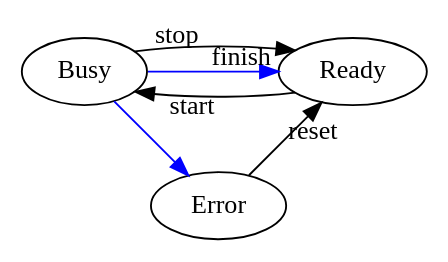
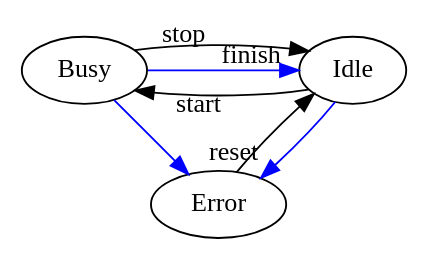
One commit to SampleEnvironment/SECoP changed the diagram in protocol/images/status_simple.dot. Above: the diagram before and after it, drawn with Graphviz. The commit also changed 6 other files, not shown here.

```diff
--- a/protocol/images/status_simple.dot
+++ b/protocol/images/status_simple.dot
@@ -1,11 +1,12 @@
 digraph supersimple {
   layout="neato"
-  Ready [pos="2,1!"];
-  Busy [pos="0,1!"];
-  Error [pos="1,0!"];
+  Ready [pos="2,1!", label="Idle"];
+  Busy [pos="0,1!", label="Busy"];
+  Error [pos="1,0!", label="Error"];
   Ready -> Busy [label="start"];
   Busy -> Ready [label="stop"];
   Busy -> Ready [label="finish", color=blue];
   Busy -> Error [color=blue];
   Error -> Ready [label="reset"];
+  Ready -> Error [color=blue];
 }
```
